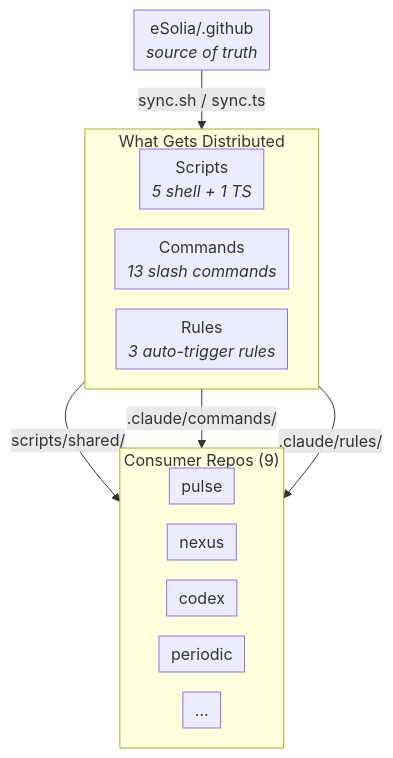
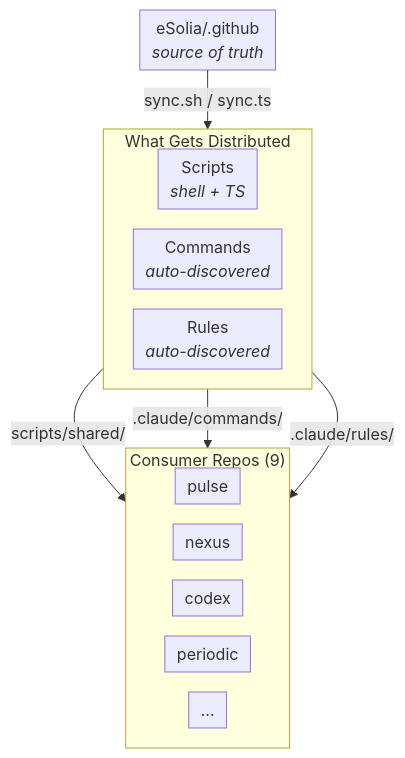
One commit to eSolia/.github changed the second of 2 diagrams in README.md. Above: the diagram before and after it, drawn with Mermaid. The commit also changed other lines of this file and 3 other files, not shown here.

````diff
--- a/README.md
+++ b/README.md
@@ -141,26 +121,26 @@
 ```mermaid
 %%{init: {'flowchart': {'nodeSpacing': 20, 'rankSpacing': 35, 'padding': 6, 'curve': 'basis'}}}%%
 flowchart TD
   Central["eSolia/.github<br/><i>source of truth</i>"]
 
   subgraph assets["What Gets Distributed"]
     direction LR
-    Scripts["Scripts<br/><i>5 shell + 1 TS</i>"]
-    Commands["Commands<br/><i>13 slash commands</i>"]
-    Rules["Rules<br/><i>3 auto-trigger rules</i>"]
+    Scripts["Scripts<br/><i>shell + TS</i>"]
+    Commands["Commands<br/><i>auto-discovered</i>"]
+    Rules["Rules<br/><i>auto-discovered</i>"]
   end
 
   subgraph repos["Consumer Repos (9)"]
     direction LR
     R1["pulse"]
     R2["nexus"]
     R3["codex"]
     R4["periodic"]
     R5["..."]
   end
 
   Central --> |"sync.sh / sync.ts"| assets
   assets --> |"scripts/shared/"| repos
   assets --> |".claude/commands/"| repos
   assets --> |".claude/rules/"| repos
 ```
````
